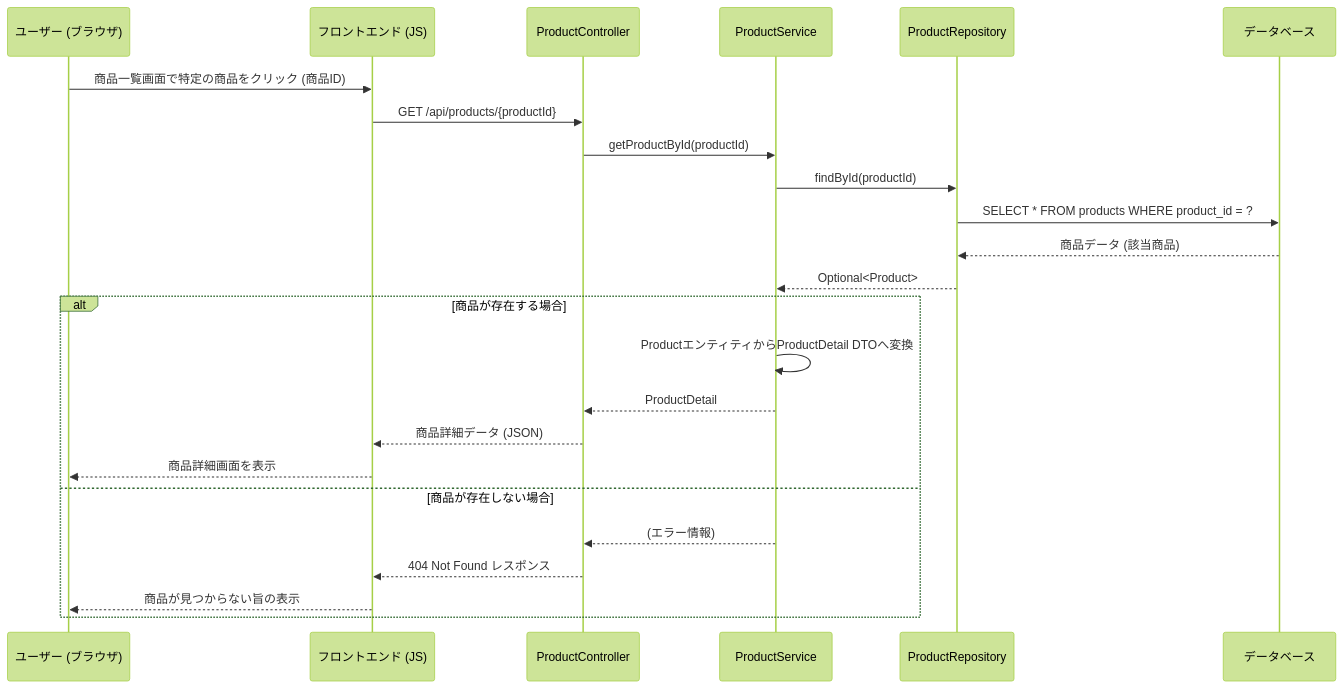
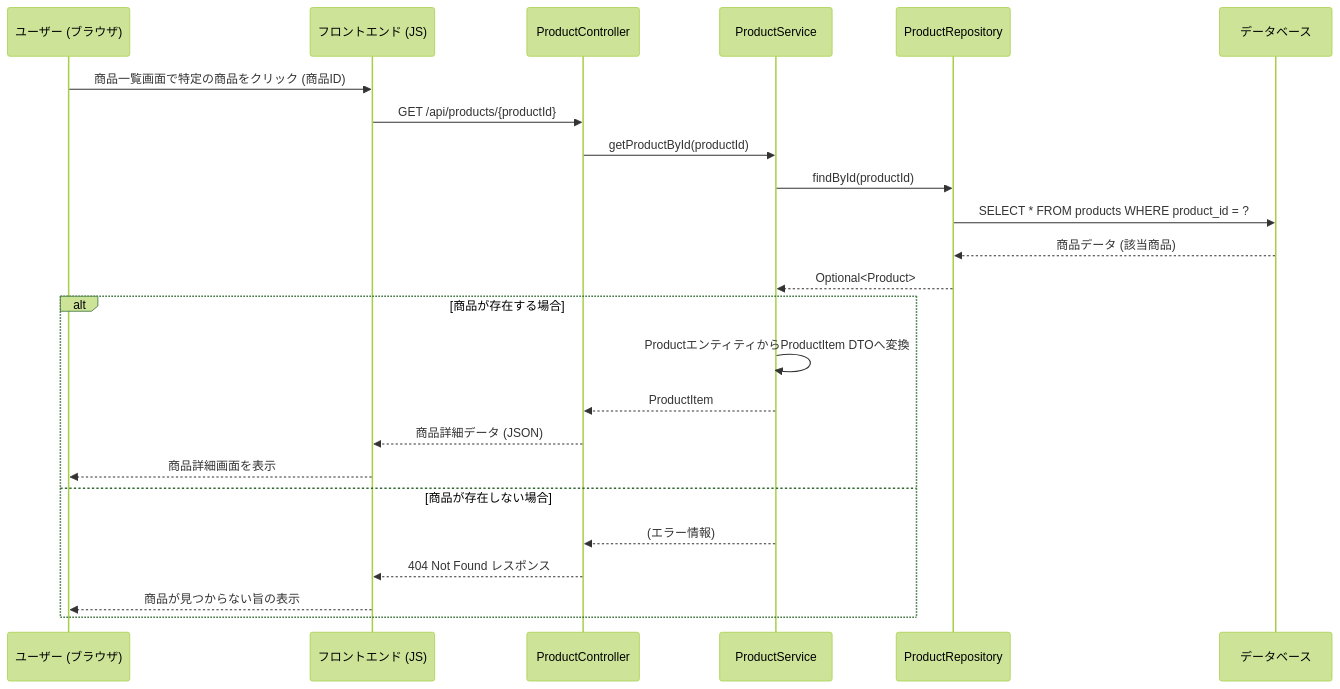
One commit to Rikumt12/Popcorn changed the third of 13 diagrams in 詳細設計書/詳細設計書.md. Above: the diagram before and after it, drawn with Mermaid. The commit also changed other lines of this file and 1 other file, not shown here.

````diff
--- a/詳細設計書/詳細設計書.md
+++ b/詳細設計書/詳細設計書.md
@@ -120,28 +121,28 @@
 ```mermaid
 %%{init:{'theme':'forest'}}%%
 sequenceDiagram
     participant User as ユーザー (ブラウザ)
     participant FE as フロントエンド (JS)
     participant ProductController
     participant ProductService
     participant ProductRepository
     participant DB as データベース
  
     User->>FE: 商品一覧画面で特定の商品をクリック (商品ID)
     FE->>ProductController: GET /api/products/{productId}
     ProductController->>ProductService: getProductById(productId)
     ProductService->>ProductRepository: findById(productId)
     ProductRepository->>DB: SELECT * FROM products WHERE product_id = ?
     DB-->>ProductRepository: 商品データ (該当商品)
     ProductRepository-->>ProductService: Optional<Product>
     alt 商品が存在する場合
-        ProductService->>ProductService: ProductエンティティからProductDetail DTOへ変換
-        ProductService-->>ProductController: ProductDetail
+        ProductService->>ProductService: ProductエンティティからProductItem DTOへ変換
+        ProductService-->>ProductController: ProductItem
         ProductController-->>FE: 商品詳細データ (JSON)
         FE-->>User: 商品詳細画面を表示
     else 商品が存在しない場合
         ProductService-->>ProductController: (エラー情報)
         ProductController-->>FE: 404 Not Found レスポンス
         FE-->>User: 商品が見つからない旨の表示
     end
 ```
````
